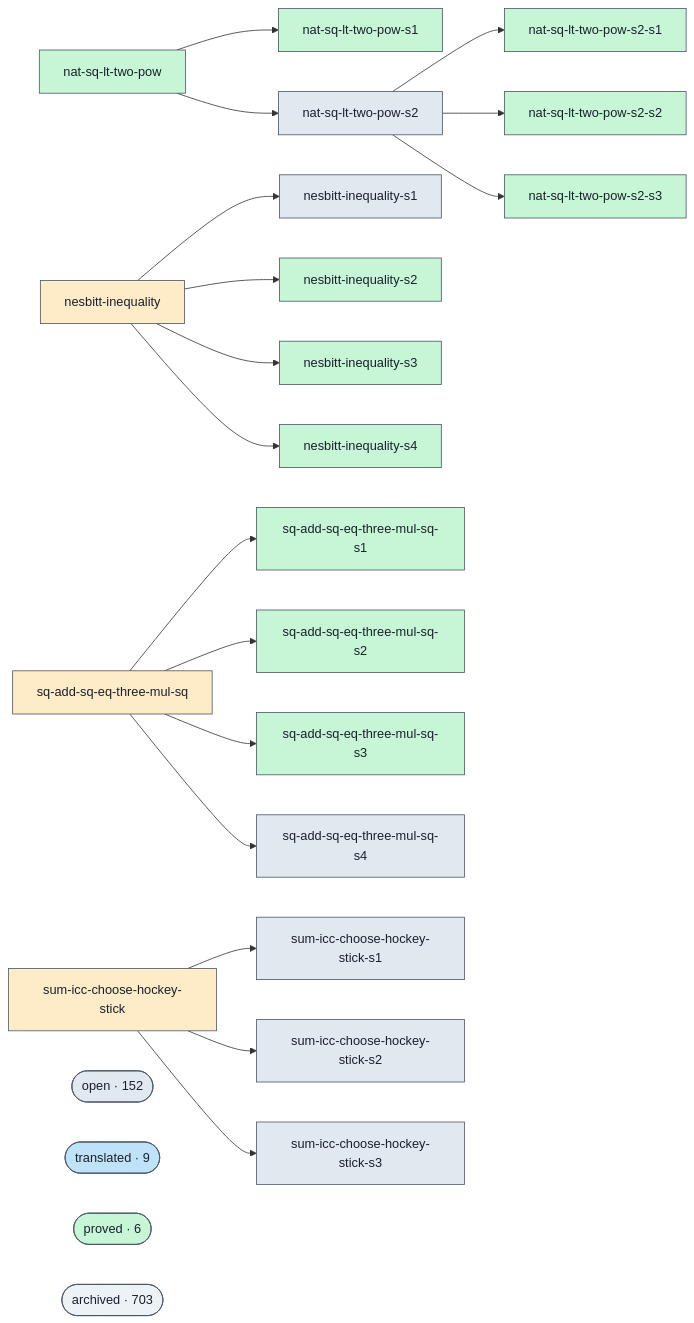
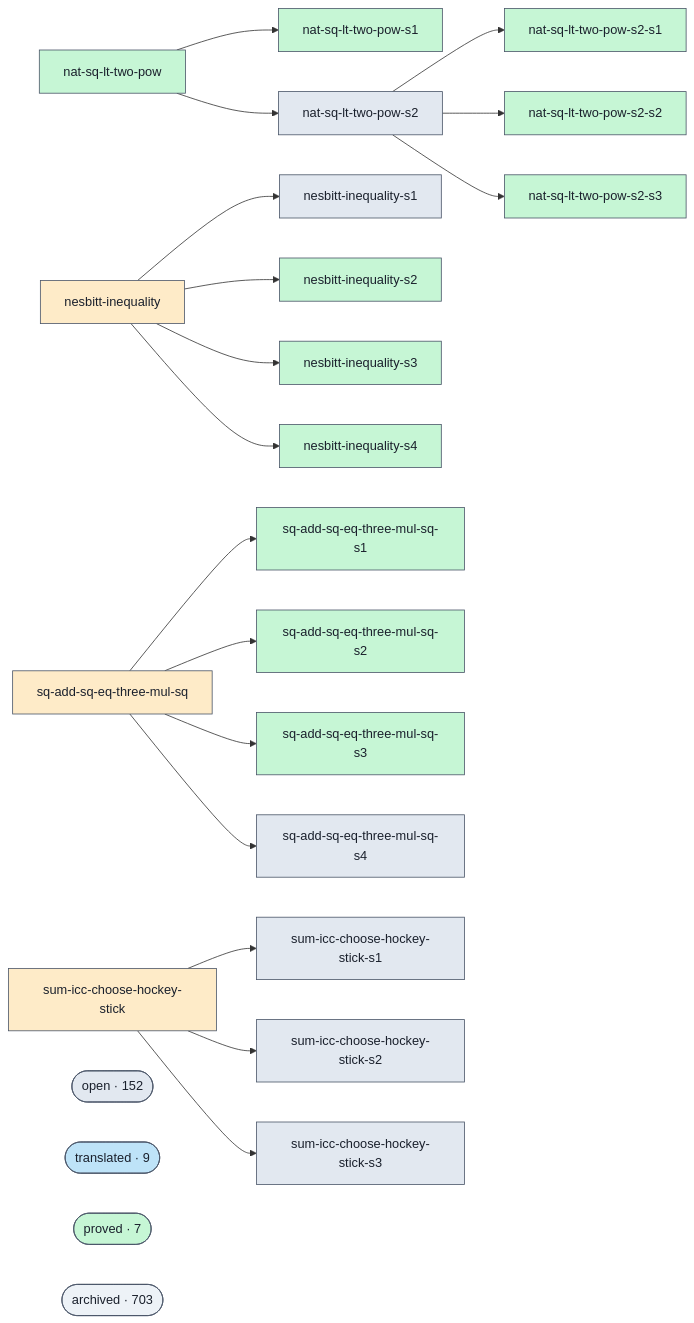
Before and after one commit to ohdearquant/unsorry: the diagram in docs/proofs-contributors-visualisation.md, drawn with Mermaid. The commit also changed other lines of this file and 2 other files, not shown here.

```diff
--- a/docs/proofs-contributors-visualisation.md
+++ b/docs/proofs-contributors-visualisation.md
@@ -102,7 +102,7 @@
   class cluster_open open;
   cluster_translated(["translated · 9"])
   class cluster_translated translated;
-  cluster_proved(["proved · 6"])
+  cluster_proved(["proved · 7"])
   class cluster_proved proved;
   cluster_archived(["archived · 703"])
   class cluster_archived unknown;
```
